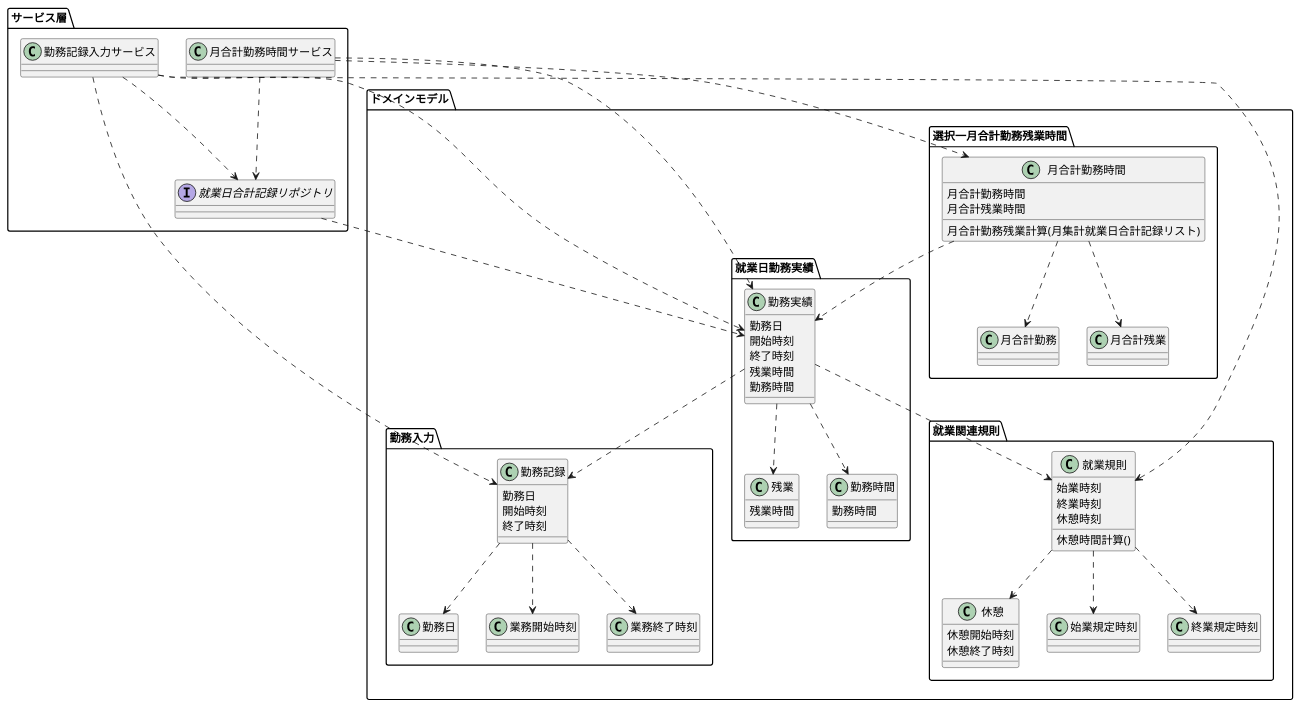
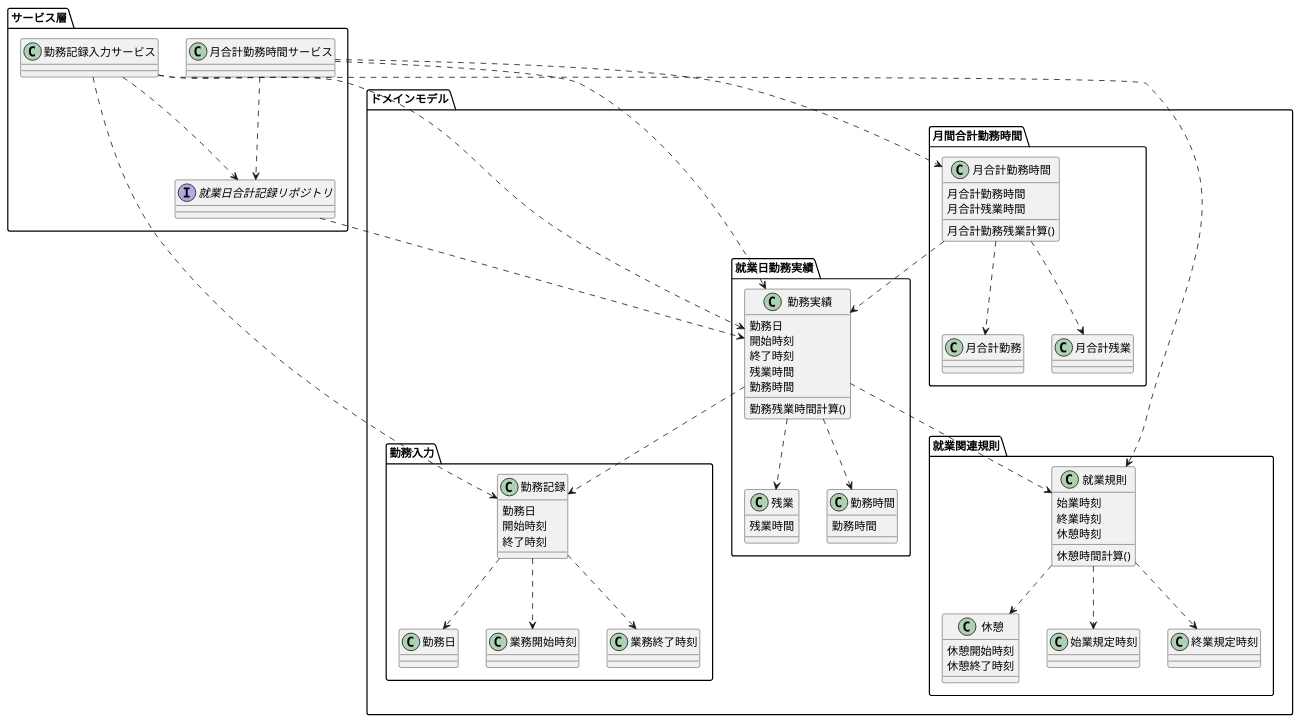
One commit to biglobe-isp/kintai changed the diagram in Kmodel.puml. Above: the diagram before and after it, drawn with PlantUML. The commit also changed 26 other files, not shown here.

```diff
--- a/Kmodel.puml
+++ b/Kmodel.puml
@@ -1,101 +1,102 @@
 @startuml kintaiDomain
 package ドメインモデル{
     package 就業日勤務実績{
         class 勤務実績{
             勤務日
             開始時刻
             終了時刻
             残業時間
             勤務時間
+            勤務残業時間計算()
         }
         class 残業{
             残業時間
         }
         class 勤務時間{
             勤務時間
         }
 
     }
     package 勤務入力{
         class 勤務記録{
             勤務日
             開始時刻
             終了時刻
         }
         class 勤務日{
          }
         class 業務開始時刻{
          }
         class 業務終了時刻{
         }
     }
     package 就業関連規則{
         class 就業規則{
             始業時刻
             終業時刻
             休憩時刻
 
             休憩時間計算()
         }
 
 
         class 休憩{
             休憩開始時刻
             休憩終了時刻
         }
         class 始業規定時刻{
         }
         class 終業規定時刻{
         }
     }
 
 
-    package 選択一月合計勤務残業時間 {
+    package 月間合計勤務時間 {
         class 月合計勤務時間{
             月合計勤務時間
             月合計残業時間
-            月合計勤務残業計算(月集計就業日合計記録リスト)
+            月合計勤務残業計算()
         }
         class 月合計勤務{
         }
         class 月合計残業{
         }
     }
     勤務実績 ..> 勤務時間
     勤務実績 ..> 残業
     勤務実績 ..> 就業規則
     勤務実績 ..> 勤務記録
 
     就業規則 ..> 休憩
     就業規則 ..> 始業規定時刻
     就業規則 ..> 終業規定時刻
     
     勤務記録 ..> 勤務日
     勤務記録 ..> 業務開始時刻
     勤務記録 ..> 業務終了時刻
 
     月合計勤務時間 ..> 勤務実績
     月合計勤務時間 ..> 月合計勤務
     月合計勤務時間 ..> 月合計残業
 }
 package サービス層{
     class 勤務記録入力サービス{
 
     }
     interface 就業日合計記録リポジトリ{
 
     }
     class 月合計勤務時間サービス{
     }
 
     勤務記録入力サービス ..> 勤務実績
     勤務記録入力サービス ..> 就業日合計記録リポジトリ
     勤務記録入力サービス ..> 勤務記録
     勤務記録入力サービス ..> 就業規則
     就業日合計記録リポジトリ ..> 勤務実績
     月合計勤務時間サービス ..> 就業日合計記録リポジトリ
     月合計勤務時間サービス ..> 月合計勤務時間
     月合計勤務時間サービス ..> 勤務実績
 
 }
 @enduml
```
